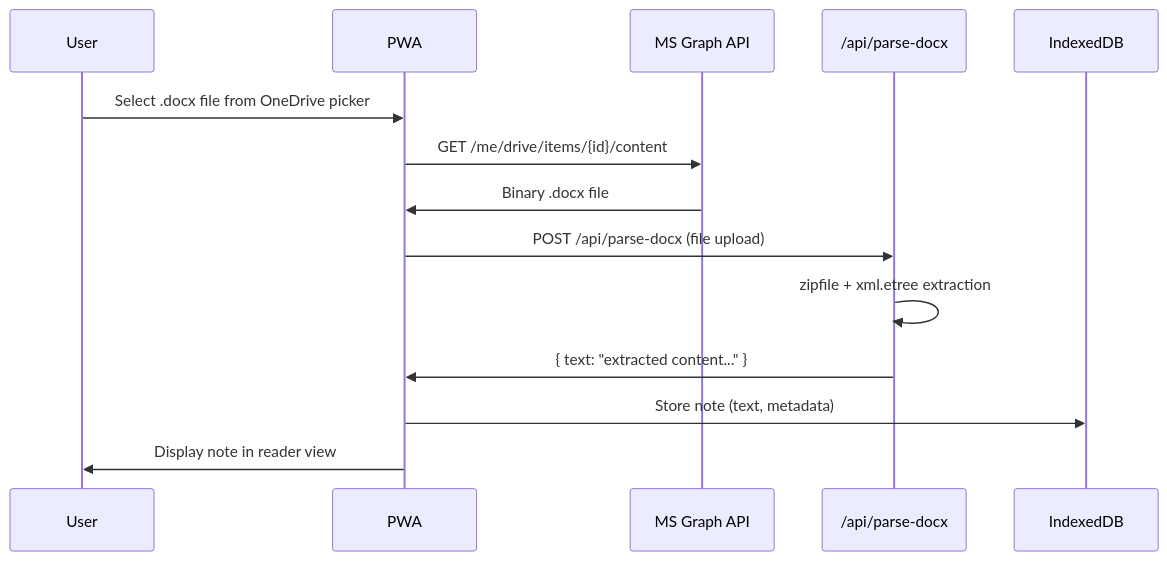
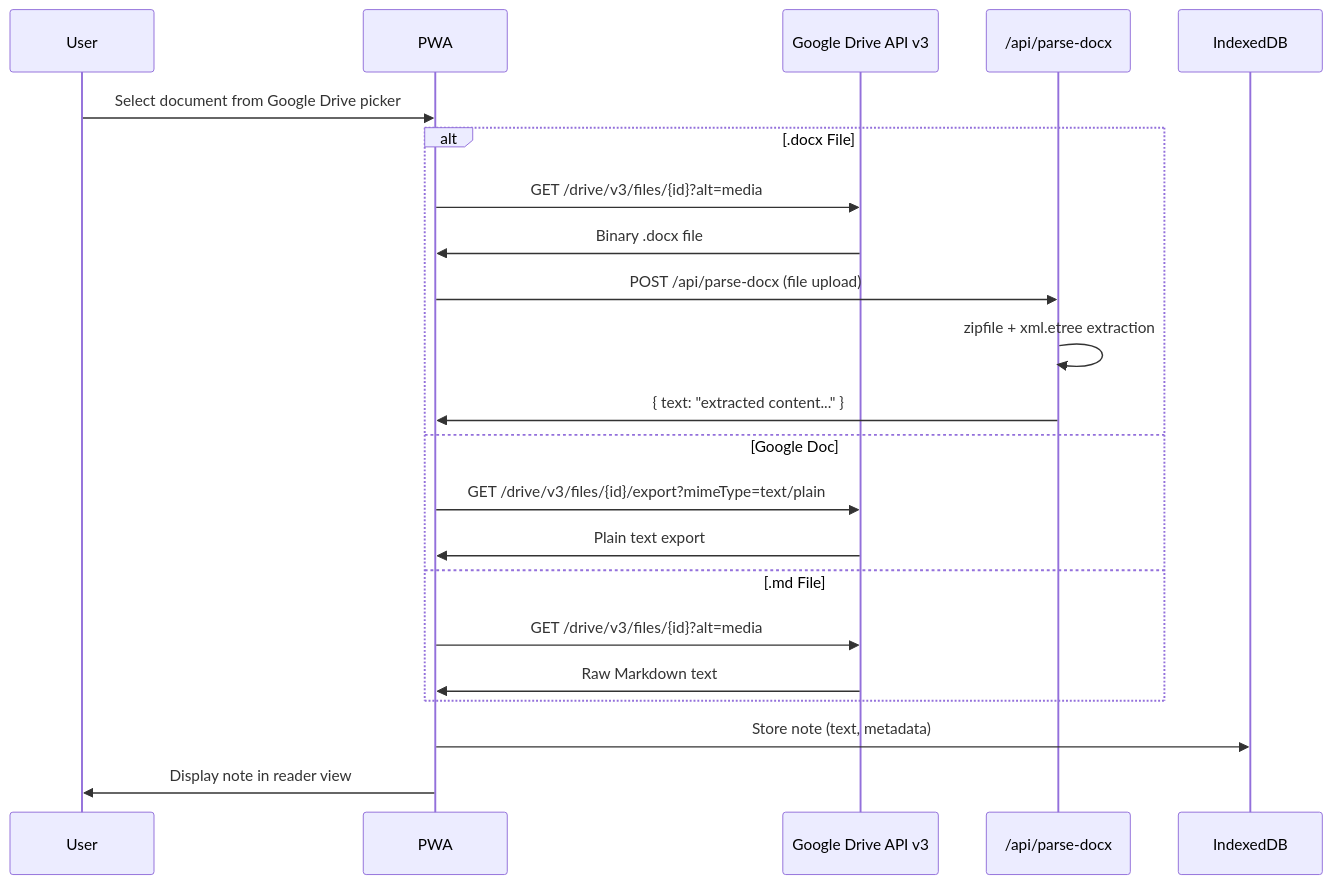
The sixth of 8 diagrams in documentation/design/high_level/02_system_architecture.md (Strider221B/synapse-sync), drawn with Mermaid before and after one commit. The commit also changed other lines of this file and 5 other files, not shown here.

````diff
--- a/documentation/design/high_level/02_system_architecture.md
+++ b/documentation/design/high_level/02_system_architecture.md
@@ -292,17 +290,25 @@
 ```mermaid
 sequenceDiagram
     participant User
     participant PWA
-    participant Graph as MS Graph API
+    participant Drive as Google Drive API v3
     participant API as /api/parse-docx
     participant IDB as IndexedDB
 
-    User->>PWA: Select .docx file from OneDrive picker
-    PWA->>Graph: GET /me/drive/items/{id}/content
-    Graph->>PWA: Binary .docx file
-    PWA->>API: POST /api/parse-docx (file upload)
-    API->>API: zipfile + xml.etree extraction
-    API->>PWA: { text: "extracted content..." }
+    User->>PWA: Select document from Google Drive picker
+    alt .docx File
+        PWA->>Drive: GET /drive/v3/files/{id}?alt=media
+        Drive->>PWA: Binary .docx file
+        PWA->>API: POST /api/parse-docx (file upload)
+        API->>API: zipfile + xml.etree extraction
+        API->>PWA: { text: "extracted content..." }
+    else Google Doc
+        PWA->>Drive: GET /drive/v3/files/{id}/export?mimeType=text/plain
+        Drive->>PWA: Plain text export
+    else .md File
+        PWA->>Drive: GET /drive/v3/files/{id}?alt=media
+        Drive->>PWA: Raw Markdown text
+    end
     PWA->>IDB: Store note (text, metadata)
     PWA->>User: Display note in reader view
 ```
````
